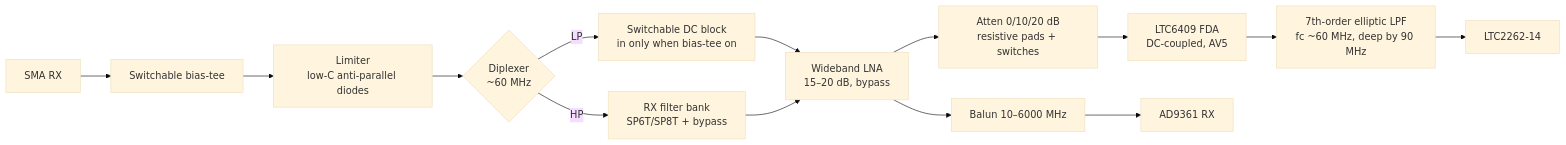
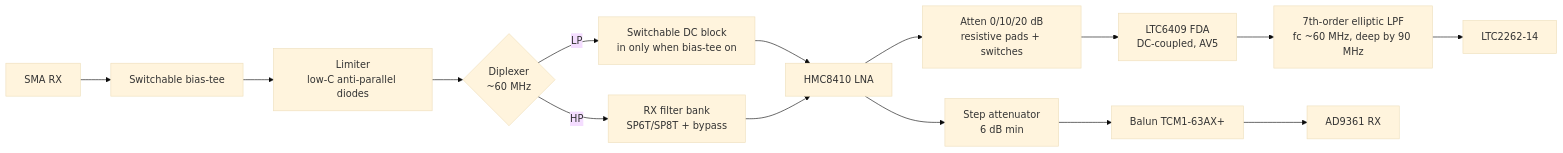
The first of 2 diagrams in docs/06-rf-frontend.md (jpmlima/scalingRF), drawn with Mermaid (base theme) before and after one commit. The commit also changed other lines of this file and 7 other files, not shown here.

First line of the commit message:
VHF RX rev 2: HMC8410 + TCM1-63AX+, explicit passes, DSA instead of bypass

````diff
--- a/docs/06-rf-frontend.md
+++ b/docs/06-rf-frontend.md
@@ -7,16 +7,17 @@
 ```mermaid
 flowchart LR
     SMA[SMA RX] --> BT[Switchable bias-tee]
     BT --> LIM[Limiter<br/>low-C anti-parallel diodes]
     LIM --> DIP{Diplexer<br/>~60 MHz}
     DIP -->|LP| DCB[Switchable DC block<br/>in only when bias-tee on]
     DCB --> LNA{Preselector 3 bands + LTC6433-15 / bypass}
     LNA --> ATT[Atten 0/10/20 dB<br/>resistive pads + switches]
     ATT --> FDA[LTC6409 FDA<br/>DC-coupled, AV5]
     FDA --> AAF[7th-order elliptic LPF<br/>fc ~60 MHz, deep by 90 MHz]
     AAF --> ADC[LTC2262-14]
     DIP -->|HP| RXF[RX filter bank<br/>SP6T/SP8T + bypass]
-    RXF --> LNA[Wideband LNA<br/>15–20 dB, bypass]
-    LNA --> BAL[Balun 10–6000 MHz]
+    RXF --> LNA[HMC8410 LNA]
+    LNA --> DSA[Step attenuator<br/>6 dB min]
+    DSA --> BAL[Balun TCM1-63AX+]
     BAL --> AD[AD9361 RX]
 ```
````
